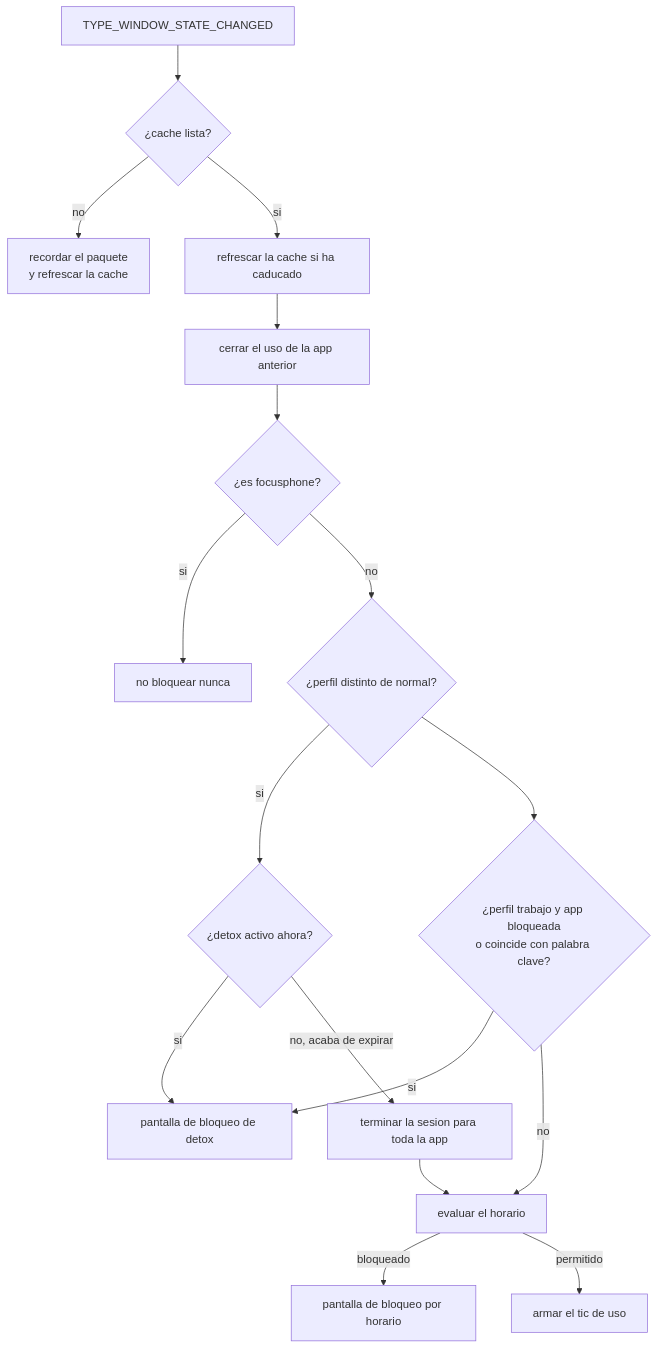
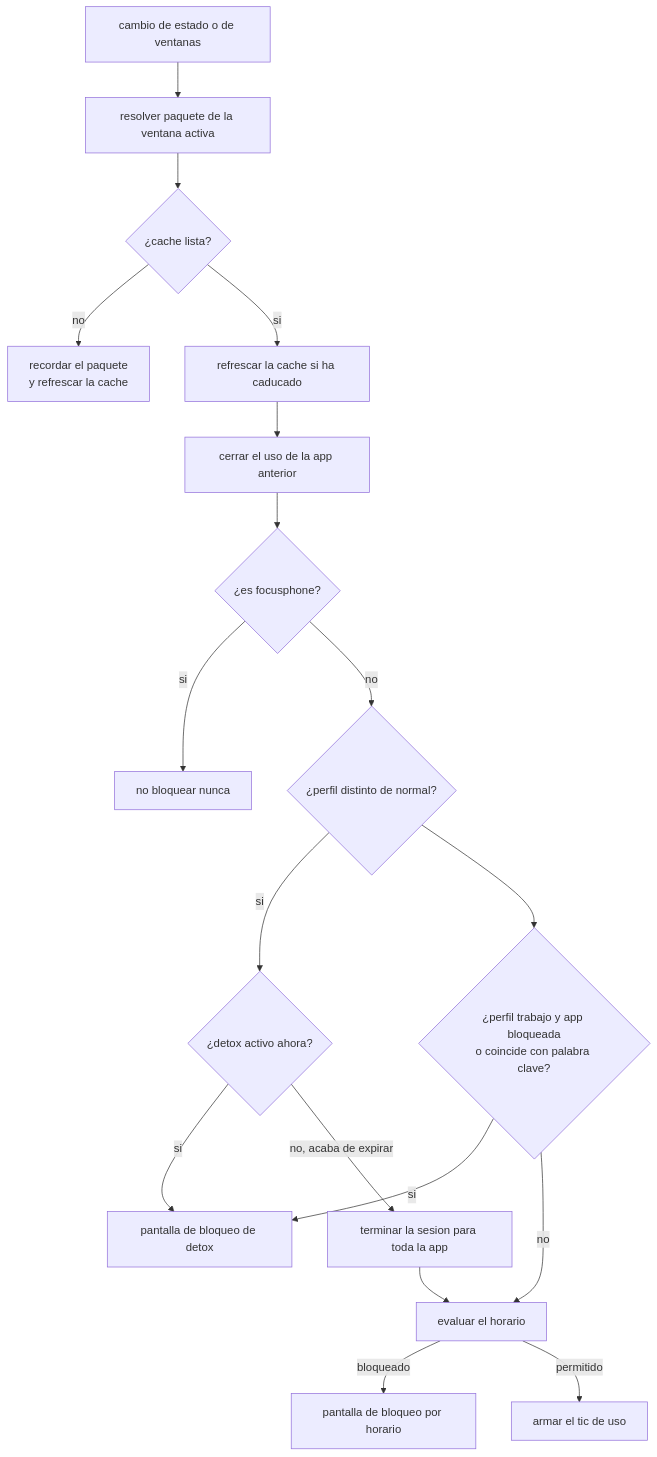
Before and after one commit to rezzt-dev/focusphone-app: the first of 2 diagrams in documentation/es/desarrolladores/09-servicios-del-sistema.md, drawn with Mermaid. The commit also changed other lines of this file and 13 other files, not shown here.

````diff
--- a/documentation/es/desarrolladores/09-servicios-del-sistema.md
+++ b/documentation/es/desarrolladores/09-servicios-del-sistema.md
@@ -50,19 +52,20 @@
 ```mermaid
 flowchart TD
-    E["TYPE_WINDOW_STATE_CHANGED"] --> C{"¿cache lista?"}
+    E["cambio de estado o de ventanas"] --> P["resolver paquete de la ventana activa"]
+    P --> C{"¿cache lista?"}
     C -->|"no"| C1["recordar el paquete<br>y refrescar la cache"]
     C -->|"si"| D["refrescar la cache si ha caducado"]
     D --> F["cerrar el uso de la app anterior"]
     F --> G{"¿es focusphone?"}
     G -->|"si"| Z["no bloquear nunca"]
     G -->|"no"| H{"¿perfil distinto de normal?"}
     H -->|"si"| I{"¿detox activo ahora?"}
     I -->|"si"| BL["pantalla de bloqueo de detox"]
     I -->|"no, acaba de expirar"| EX["terminar la sesion para toda la app"]
     H --> J{"¿perfil trabajo y app bloqueada<br>o coincide con palabra clave?"}
     J -->|"si"| BL
     J -->|"no"| K["evaluar el horario"]
     EX --> K
     K -->|"bloqueado"| BS["pantalla de bloqueo por horario"]
     K -->|"permitido"| T["armar el tic de uso"]
 ```
````
